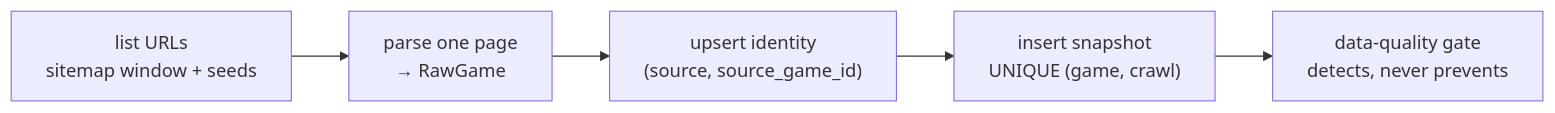
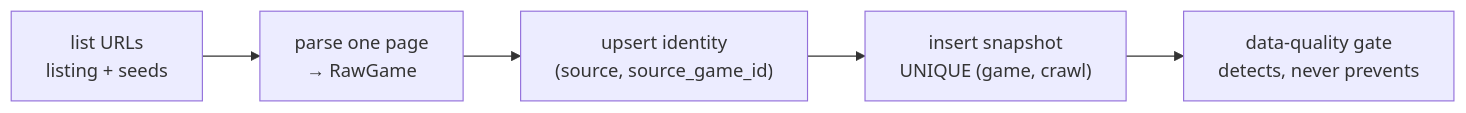
Before and after one commit to ry4nch1n/KAIROS: the second of 3 diagrams in DESIGN.md, drawn with Mermaid. The commit also changed other lines of this file and 3 other files, not shown here.

````diff
--- a/DESIGN.md
+++ b/DESIGN.md
@@ -90,7 +90,7 @@
 ```mermaid
 flowchart LR
-  L["list URLs<br/>sitemap window + seeds"] --> P["parse one page<br/>→ RawGame"]
+  L["list URLs<br/>listing + seeds"] --> P["parse one page<br/>→ RawGame"]
   P --> U["upsert identity<br/>(source, source_game_id)"]
   U --> S["insert snapshot<br/>UNIQUE (game, crawl)"]
   S --> G["data-quality gate<br/>detects, never prevents"]
 ```
````
